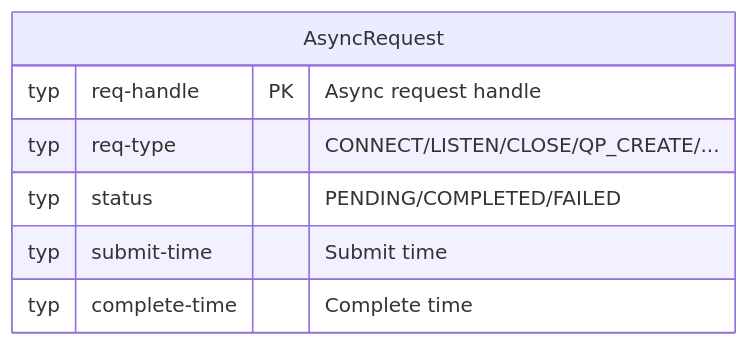
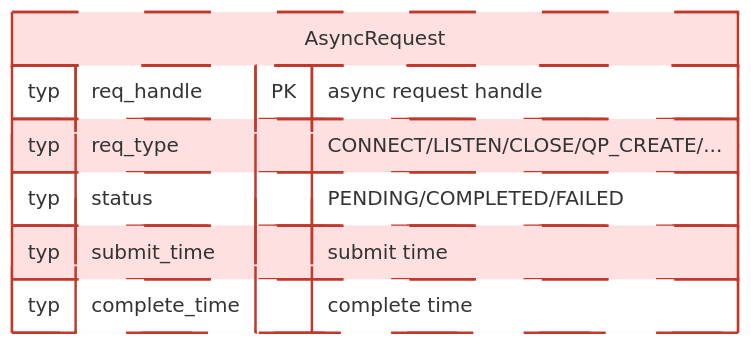
Diagram 16 of 19 in test/hccl_vm/docs/simulator_runner_data_model_en.md (Fengfengst123/hcomm-mirror), drawn with Mermaid before and after one commit. The commit also changed other lines of this file and 701 other files, not shown here.

````diff
--- a/test/hccl_vm/docs/simulator_runner_data_model_en.md
+++ b/test/hccl_vm/docs/simulator_runner_data_model_en.md
@@ -1165,10 +1433,13 @@
 ```mermaid
 erDiagram
     AsyncRequest {
-        typ req-handle PK "Async request handle"
-        typ req-type "CONNECT/LISTEN/CLOSE/QP_CREATE/..."
+        typ req_handle PK "async request handle"
+        typ req_type "CONNECT/LISTEN/CLOSE/QP_CREATE/..."
         typ status "PENDING/COMPLETED/FAILED"
-        typ submit-time "Submit time"
-        typ complete-time "Complete time"
+        typ submit_time "submit time"
+        typ complete_time "complete time"
     }
+
+    classDef unimplemented fill:#ffe0e0,stroke:#c0392b,stroke-width:2px,stroke-dasharray:5 3
+    class AsyncRequest unimplemented
 ```
````
